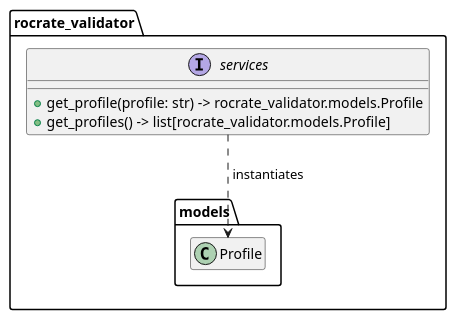
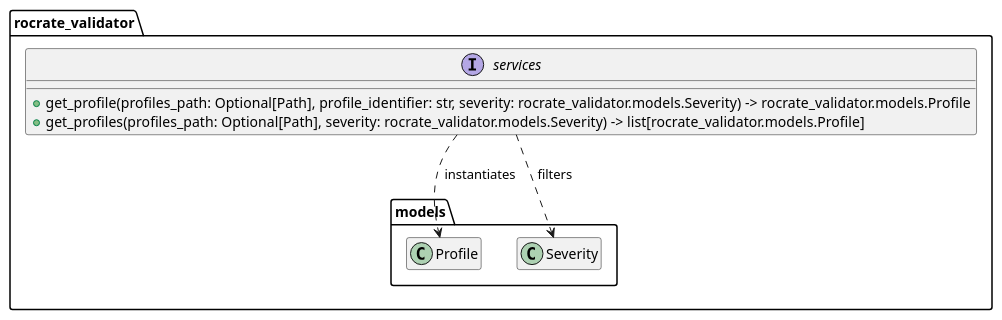
Before and after one commit to kikkomep/rocrate-validator: the diagram in docs/diagrams/core-services.profiles.plantuml, drawn with PlantUML.

Commit message:
docs(diagrams): :memo: add missing params

```diff
--- a/docs/diagrams/core-services.profiles.plantuml
+++ b/docs/diagrams/core-services.profiles.plantuml
@@ -1,25 +1,27 @@
 @startuml
 
 hide members
 hide fields
 
 ' Define the services in the core package
 package "rocrate_validator" {
 
-    interface services {
-        + get_profile(profile: str) -> rocrate_validator.models.Profile
-        + get_profiles() -> list[rocrate_validator.models.Profile]
+    interface services [[#rocrate_validator.services.get_profiles]] {
+        + get_profile(profiles_path: Optional[Path], profile_identifier: str, severity: rocrate_validator.models.Severity) -> rocrate_validator.models.Profile
+        + get_profiles(profiles_path: Optional[Path], severity: rocrate_validator.models.Severity) -> list[rocrate_validator.models.Profile]
     }
 
     show services members
 
     services ..> rocrate_validator.models.Profile : " instantiates"
+    services ..> rocrate_validator.models.Severity : " filters"
 }
 
 package "rocrate_validator.models" {
 
-    class Profile {
+    class Profile [[#rocrate_validator.models.Profile]] {}
+
+    class Severity [[#rocrate_validator.models.Severity]] {
     }
-}
 
 @enduml
```
